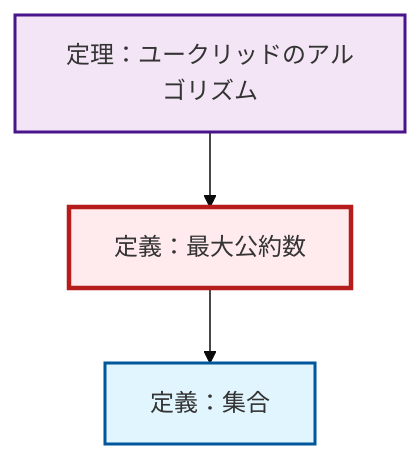
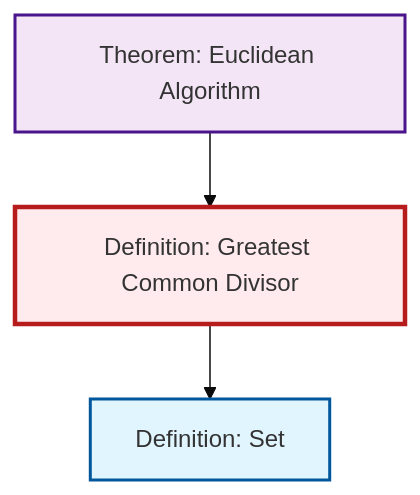
One commit to RK0429/ModernMath changed the second of 2 diagrams in content/ja/number-theory/def-gcd.qmd. Above: the diagram before and after it, drawn with Mermaid (base theme). The commit also changed 203 other files, not shown here.

````diff
--- a/content/ja/number-theory/def-gcd.qmd
+++ b/content/ja/number-theory/def-gcd.qmd
@@ -85,18 +85,15 @@
 ```{mermaid}
-%%| fig-cap: "ローカル依存関係グラフ"
+%%| fig-cap: "Local dependency graph"
 graph TD
     classDef definition fill:#e1f5fe,stroke:#01579b,stroke-width:2px
     classDef theorem fill:#f3e5f5,stroke:#4a148c,stroke-width:2px
     classDef axiom fill:#fff3e0,stroke:#e65100,stroke-width:2px
     classDef example fill:#e8f5e9,stroke:#1b5e20,stroke-width:2px
     classDef current fill:#ffebee,stroke:#b71c1c,stroke-width:3px
-    def-set["定義：集合"]:::definition
-    thm-euclidean-algorithm["定理：ユークリッドのアルゴリズム"]:::theorem
-    def-gcd["定義：最大公約数"]:::definition
+    thm-euclidean-algorithm["Theorem: Euclidean Algorithm"]:::theorem
+    def-set["Definition: Set"]:::definition
+    def-gcd["Definition: Greatest Common Divisor"]:::definition
+    thm-euclidean-algorithm --> def-gcd
     def-gcd --> def-set
-    thm-euclidean-algorithm --> def-gcd
     class def-gcd current
-
-    click def-set "def-set.html" "Go to 定義：集合"
-    click thm-euclidean-algorithm "thm-euclidean-algorithm.html" "Go to 定理：ユークリッドのアルゴリズム"
 ```
````
